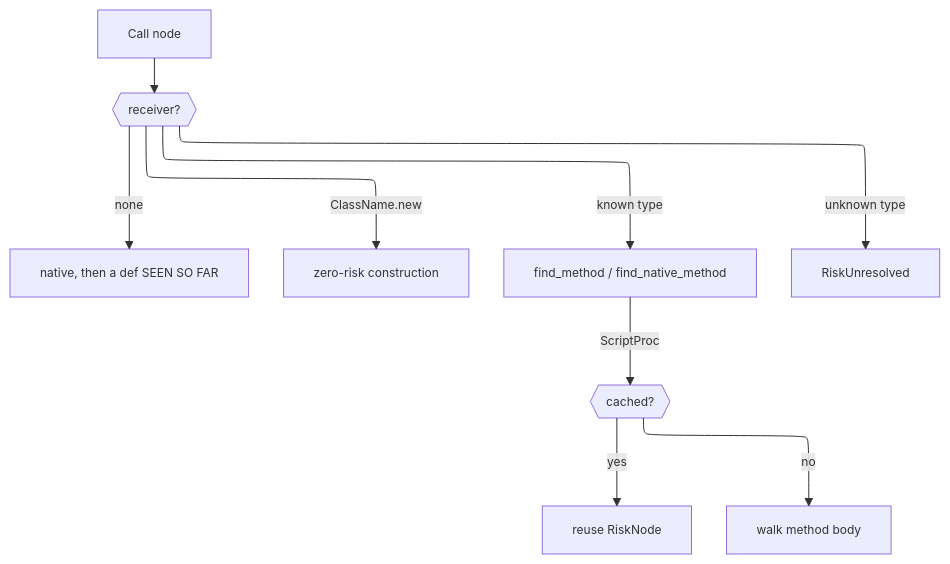
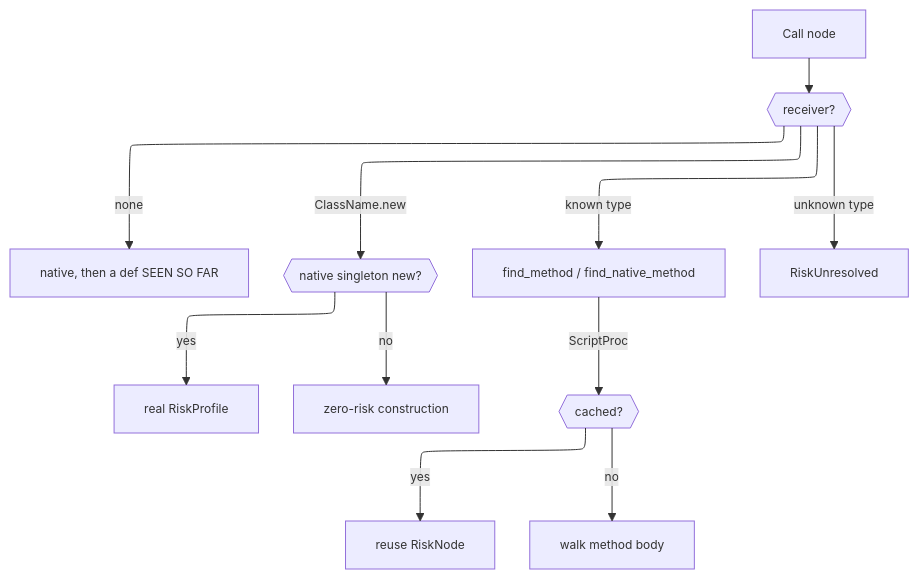
Before and after one commit to ModelArmy/adjutant.cr: diagram 12 of 12 in DEVELOPMENT.md, drawn with Mermaid. The commit also changed other lines of this file and 5 other files, not shown here.

First line of the commit message:
Add native singleton methods for stateful builtins (Foo.new)

````diff
--- a/DEVELOPMENT.md
+++ b/DEVELOPMENT.md
@@ -464,18 +484,20 @@
 ```mermaid
 ---
 displayMode: compact
 config:
   layout: elk
   themeVariables:
     fontSize: 12px
 ---
 flowchart TD
     Call[Call node] --> Recv{{receiver?}}
     Recv -->|none| GlobalLookup["native, then a def SEEN SO FAR"]
-    Recv -->|ClassName.new| Ctor[zero-risk construction]
+    Recv -->|ClassName.new| Ctor{{native singleton new?}}
+    Ctor -->|yes| CtorRisk[real RiskProfile]
+    Ctor -->|no| CtorZero[zero-risk construction]
     Recv -->|known type| ClassLookup["find_method / find_native_method"]
     Recv -->|unknown type| Unresolved[RiskUnresolved]
     ClassLookup -->|ScriptProc| Memo{{cached?}}
     Memo -->|yes| Cached[reuse RiskNode]
     Memo -->|no| WalkBody[walk method body]
 ```
````
